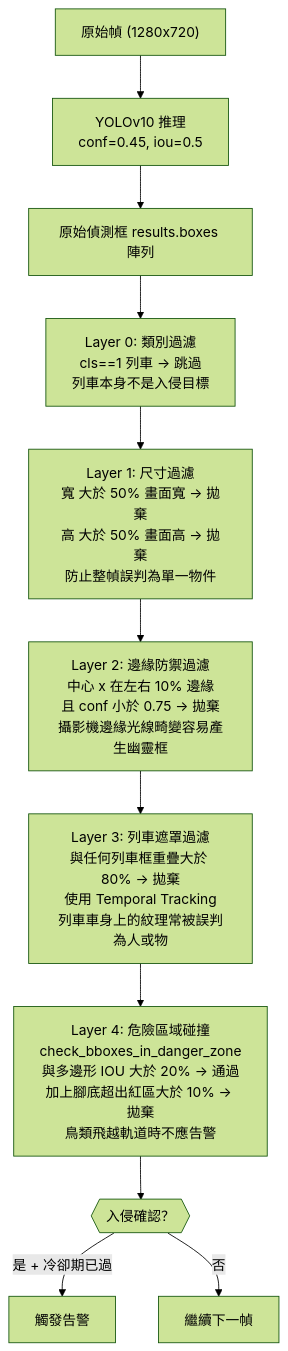
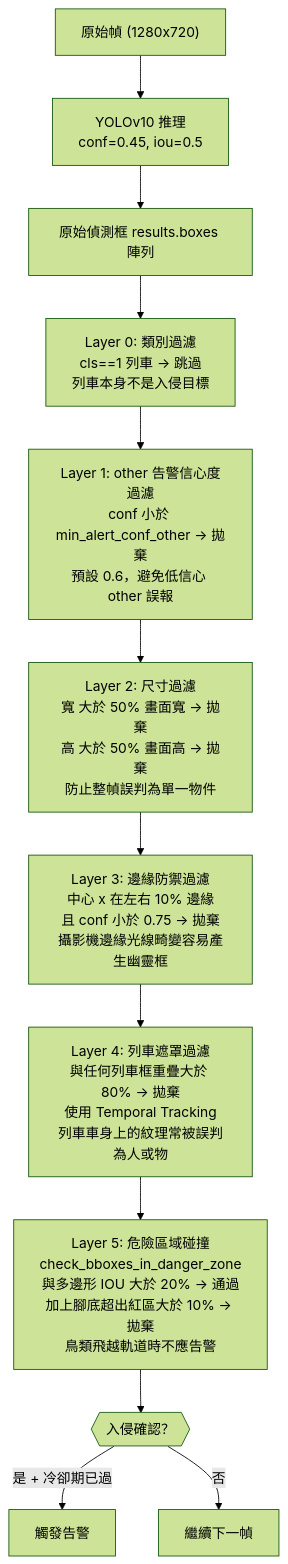
The fifth of 9 diagrams in docs/ARCHITECTURE.md (yangtandev/rail_obstacle), drawn with Mermaid (forest theme) before and after one commit. The commit also changed 4 other files, not shown here.

Commit message:
fix(detection): add other alert confidence threshold

````diff
--- a/docs/ARCHITECTURE.md
+++ b/docs/ARCHITECTURE.md
@@ -205,19 +205,21 @@
 ```mermaid
 graph TD
     FRAME["原始幀 (1280x720)"] --> YOLO["YOLOv10 推理<br/>conf=0.45, iou=0.5"]
     YOLO --> RAW["原始偵測框 results.boxes 陣列"]
 
     RAW --> F0["Layer 0: 類別過濾<br/>cls==1 列車 → 跳過<br/>列車本身不是入侵目標"]
 
-    F0 --> F1["Layer 1: 尺寸過濾<br/>寬 大於 50% 畫面寬 → 拋棄<br/>高 大於 50% 畫面高 → 拋棄<br/>防止整幀誤判為單一物件"]
+    F0 --> F1["Layer 1: other 告警信心度過濾<br/>conf 小於 min_alert_conf_other → 拋棄<br/>預設 0.6，避免低信心 other 誤報"]
 
-    F1 --> F2["Layer 2: 邊緣防禦過濾<br/>中心 x 在左右 10% 邊緣<br/>且 conf 小於 0.75 → 拋棄<br/>攝影機邊緣光線畸變容易產生幽靈框"]
+    F1 --> F2["Layer 2: 尺寸過濾<br/>寬 大於 50% 畫面寬 → 拋棄<br/>高 大於 50% 畫面高 → 拋棄<br/>防止整幀誤判為單一物件"]
 
-    F2 --> F3["Layer 3: 列車遮罩過濾<br/>與任何列車框重疊大於 80% → 拋棄<br/>使用 Temporal Tracking<br/>列車車身上的紋理常被誤判為人或物"]
+    F2 --> F3["Layer 3: 邊緣防禦過濾<br/>中心 x 在左右 10% 邊緣<br/>且 conf 小於 0.75 → 拋棄<br/>攝影機邊緣光線畸變容易產生幽靈框"]
 
-    F3 --> F4["Layer 4: 危險區域碰撞<br/>check_bboxes_in_danger_zone<br/>與多邊形 IOU 大於 20% → 通過<br/>加上腳底超出紅區大於 10% → 拋棄<br/>鳥類飛越軌道時不應告警"]
+    F3 --> F4["Layer 4: 列車遮罩過濾<br/>與任何列車框重疊大於 80% → 拋棄<br/>使用 Temporal Tracking<br/>列車車身上的紋理常被誤判為人或物"]
 
-    F4 --> RESULT{{"入侵確認？"}}
+    F4 --> F5["Layer 5: 危險區域碰撞<br/>check_bboxes_in_danger_zone<br/>與多邊形 IOU 大於 20% → 通過<br/>加上腳底超出紅區大於 10% → 拋棄<br/>鳥類飛越軌道時不應告警"]
+
+    F5 --> RESULT{{"入侵確認？"}}
     RESULT -->|"是 + 冷卻期已過"| ALERT["觸發告警"]
     RESULT -->|"否"| NEXT["繼續下一幀"]
 ```
````
